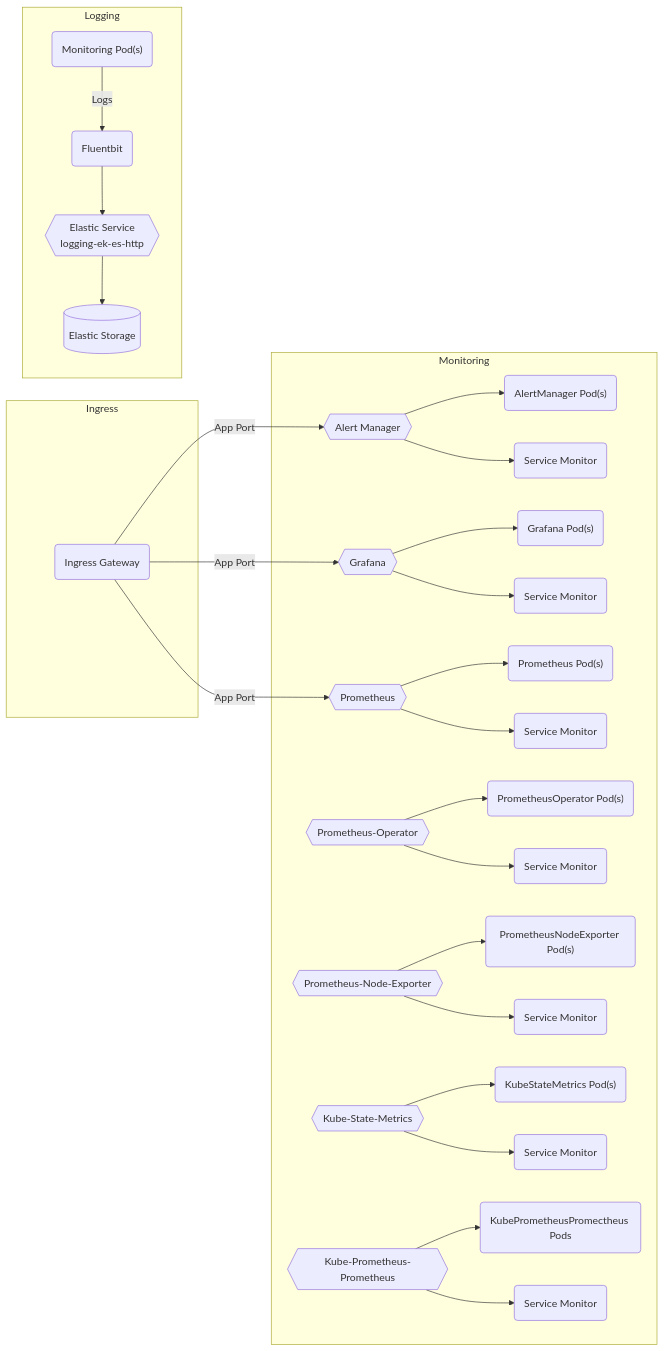
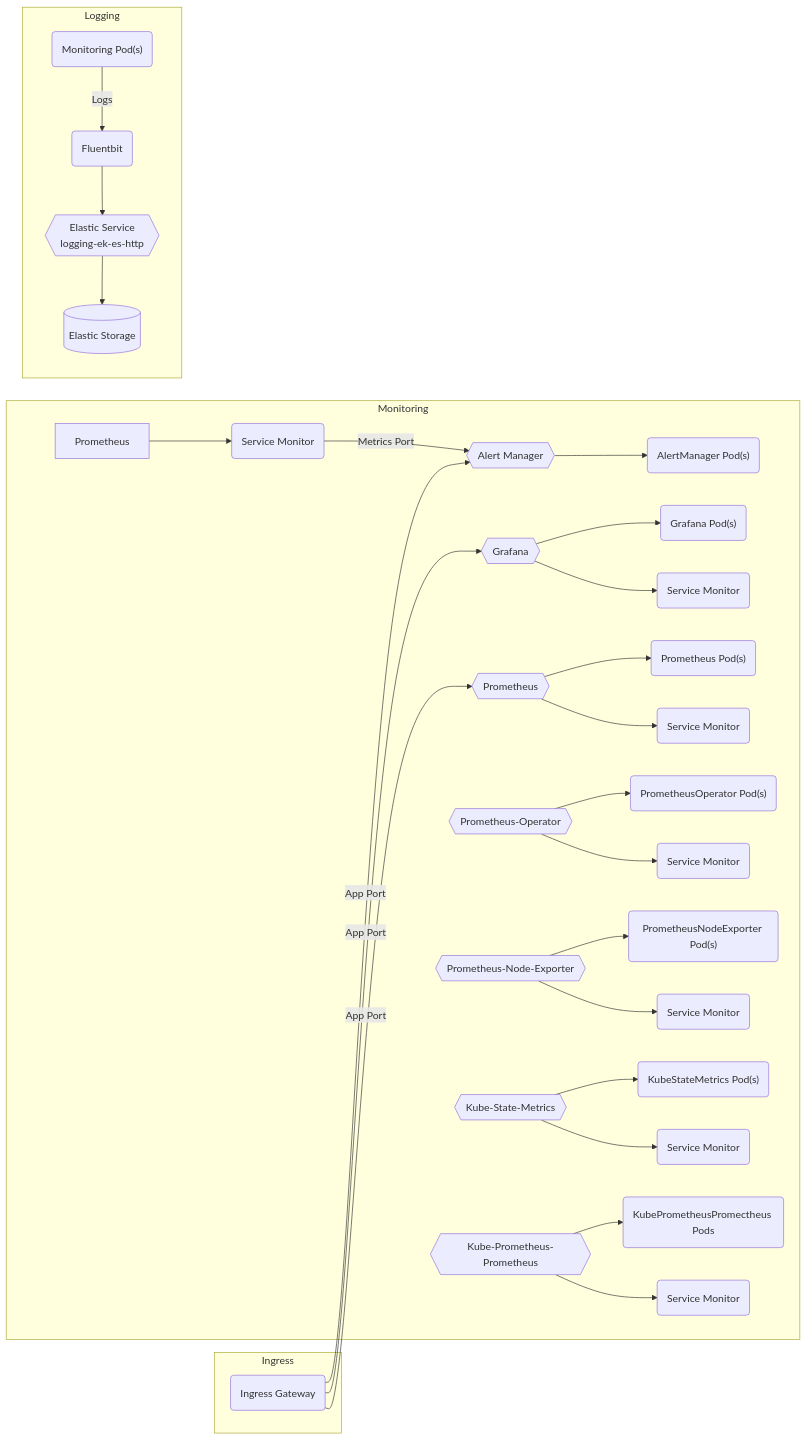
One commit to sbko/bigbang changed the diagram in charter/packages/monitoring/Architecture.md. Above: the diagram before and after it, drawn with Mermaid.

Commit message:
monitoring architecture

````diff
--- a/charter/packages/monitoring/Architecture.md
+++ b/charter/packages/monitoring/Architecture.md
@@ -12,34 +12,35 @@
  ```mermaid
 graph LR
   subgraph "Monitoring"
     alertmanager{{Alert Manager}} --> alertmanagerpods("AlertManager Pod(s)")
-    alertmanager{{Alert Manager}} --> alertmanagersvcmonitor("Service Monitor")
+    alertsvcmonitor("Service Monitor") --"Metrics Port"--> alertmanager
+    Prometheus --> alertsvcmonitor("Service Monitor")
     grafana{{Grafana}} --> grafanapods("Grafana  Pod(s)")
     grafana{{Grafana}} --> grafanasvcmonitor("Service Monitor")
     prometheus{{Prometheus}} --> prometheuspods("Prometheus Pod(s)")
     prometheus{{Prometheus}} --> prometheussvcmonitor("Service Monitor")
     prometheus-operator{{Prometheus-Operator}} --> prometheusoperatorpods("PrometheusOperator Pod(s)")
     prometheus-operator{{Prometheus-Operator}} --> prometheusoperatorsvcmonitor("Service Monitor")
     prometheus-node-exporter{{Prometheus-Node-Exporter}} --> prometheusnodeexporterpods("PrometheusNodeExporter Pod(s)")
     prometheus-node-exporter{{Prometheus-Node-Exporter}} --> prometheusnodeexportersvcmonitor("Service Monitor")
     kube-state-metrics{{Kube-State-Metrics}} --> kubestatemetricspods("KubeStateMetrics Pod(s)")
     kube-state-metrics{{Kube-State-Metrics}} --> kubestatemetricssvcmonitor("Service Monitor")
     kube-prometheus-prometheus{{Kube-Prometheus-Prometheus}} --> kubeprometheusprometheuspod("KubePrometheusPromectheus Pods")
    kube-prometheus-prometheus{{Kube-Prometheus-Prometheus}} --> kubeprometheusprometheussvcmonitor("Service Monitor")
 
   end      
 
   subgraph "Ingress"
     ig(Ingress Gateway) --"App Port"--> alertmanager
     ig(Ingress Gateway) --"App Port"--> grafana
      ig(Ingress Gateway) --"App Port"--> prometheus
      
   end
 
 
   subgraph "Logging"
     monitoringpods("Monitoring Pod(s)") --"Logs"--> fluent(Fluentbit) --> logging-ek-es-http
     logging-ek-es-http{{Elastic Service<br />logging-ek-es-http}} --> elastic[(Elastic Storage)]
   end
   
 ```   
````
